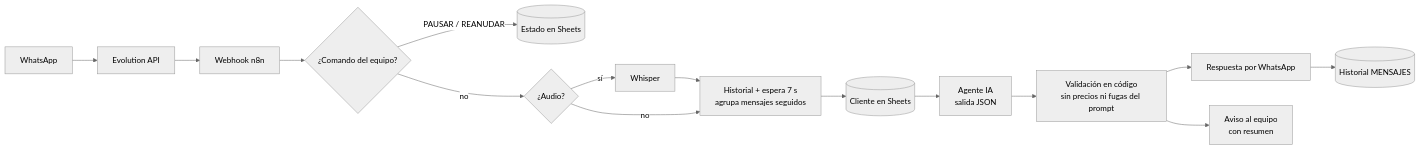
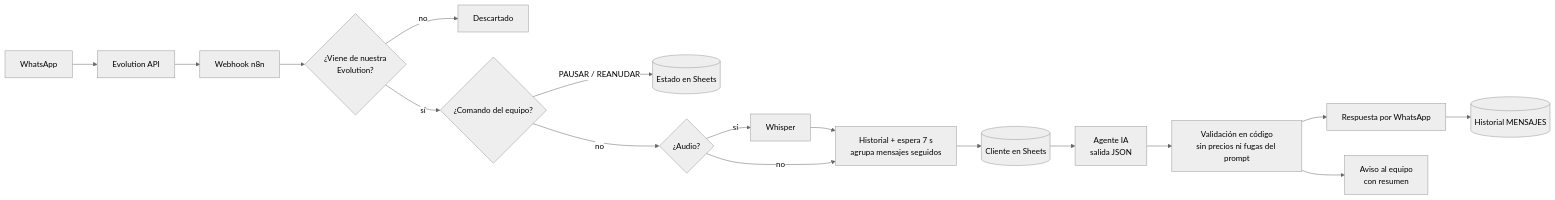
One commit to Noelia-Geor/whatsapp-ai-agent-n8n changed the diagram in README.md. Above: the diagram before and after it, drawn with Mermaid (neutral theme). The commit also changed other lines of this file, not shown here.

Commit message:
README: puerta del webhook, memoria persistente, moderacion y nuevas pruebas

````diff
--- a/README.md
+++ b/README.md
@@ -27,15 +28,17 @@
 ```mermaid
 flowchart LR
     WA[WhatsApp] --> EVO[Evolution API] --> WH[Webhook n8n]
-    WH --> CMD{¿Comando del equipo?}
+    WH --> GATE{¿Viene de nuestra<br/>Evolution?}
+    GATE -- no --> STOP[Descartado]
+    GATE -- sí --> CMD{¿Comando del equipo?}
     CMD -- PAUSAR / REANUDAR --> PAUSE[(Estado en Sheets)]
     CMD -- no --> AUDIO{¿Audio?}
     AUDIO -- sí --> WHISPER[Whisper] --> AGR
     AUDIO -- no --> AGR[Historial + espera 7 s<br/>agrupa mensajes seguidos]
     AGR --> CRM[(Cliente en Sheets)]
     CRM --> LLM[Agente IA<br/>salida JSON]
     LLM --> GUARD[Validación en código<br/>sin precios ni fugas del prompt]
     GUARD --> SEND[Respuesta por WhatsApp]
     GUARD --> TEAM[Aviso al equipo<br/>con resumen]
     SEND --> LOG[(Historial MENSAJES)]
 ```
````
